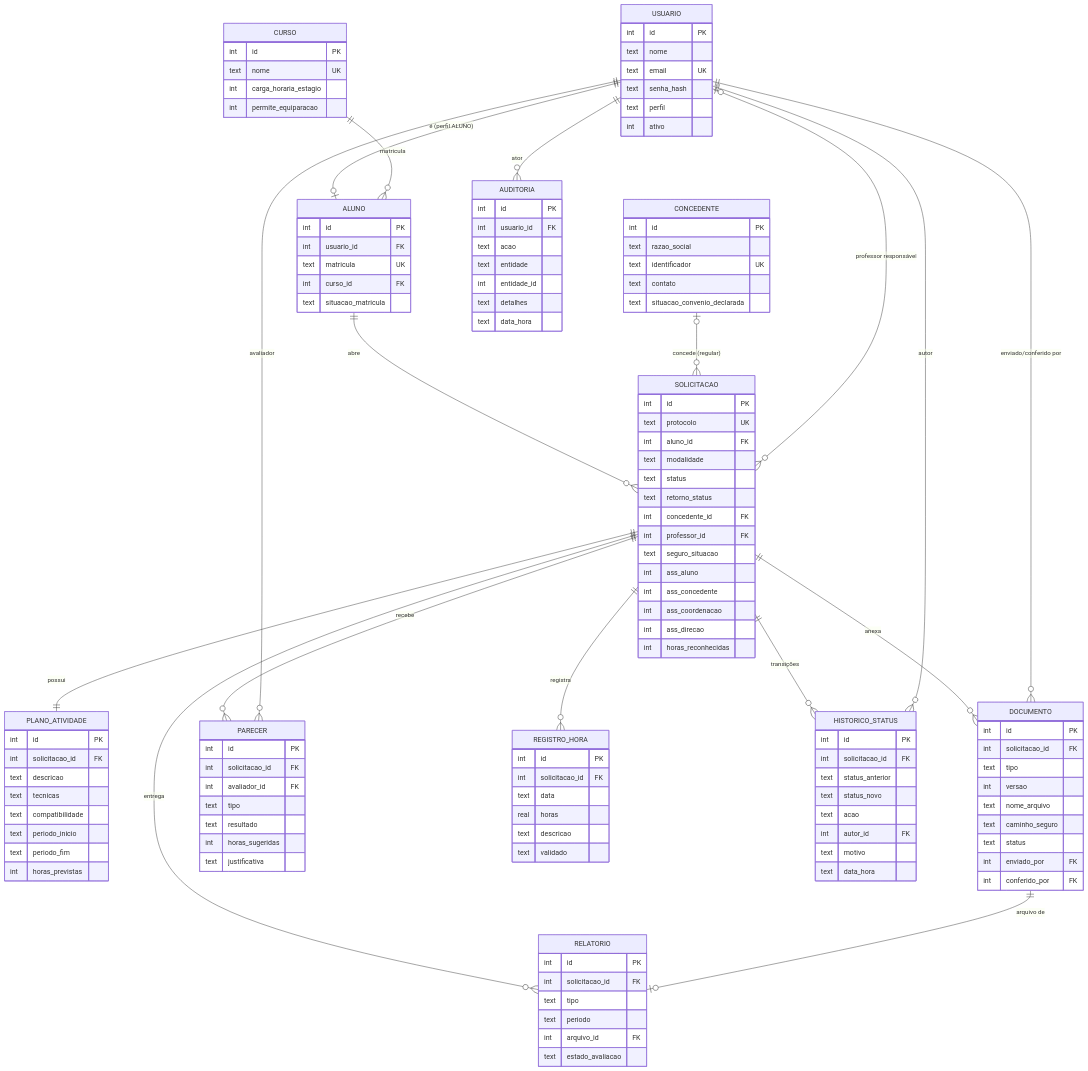
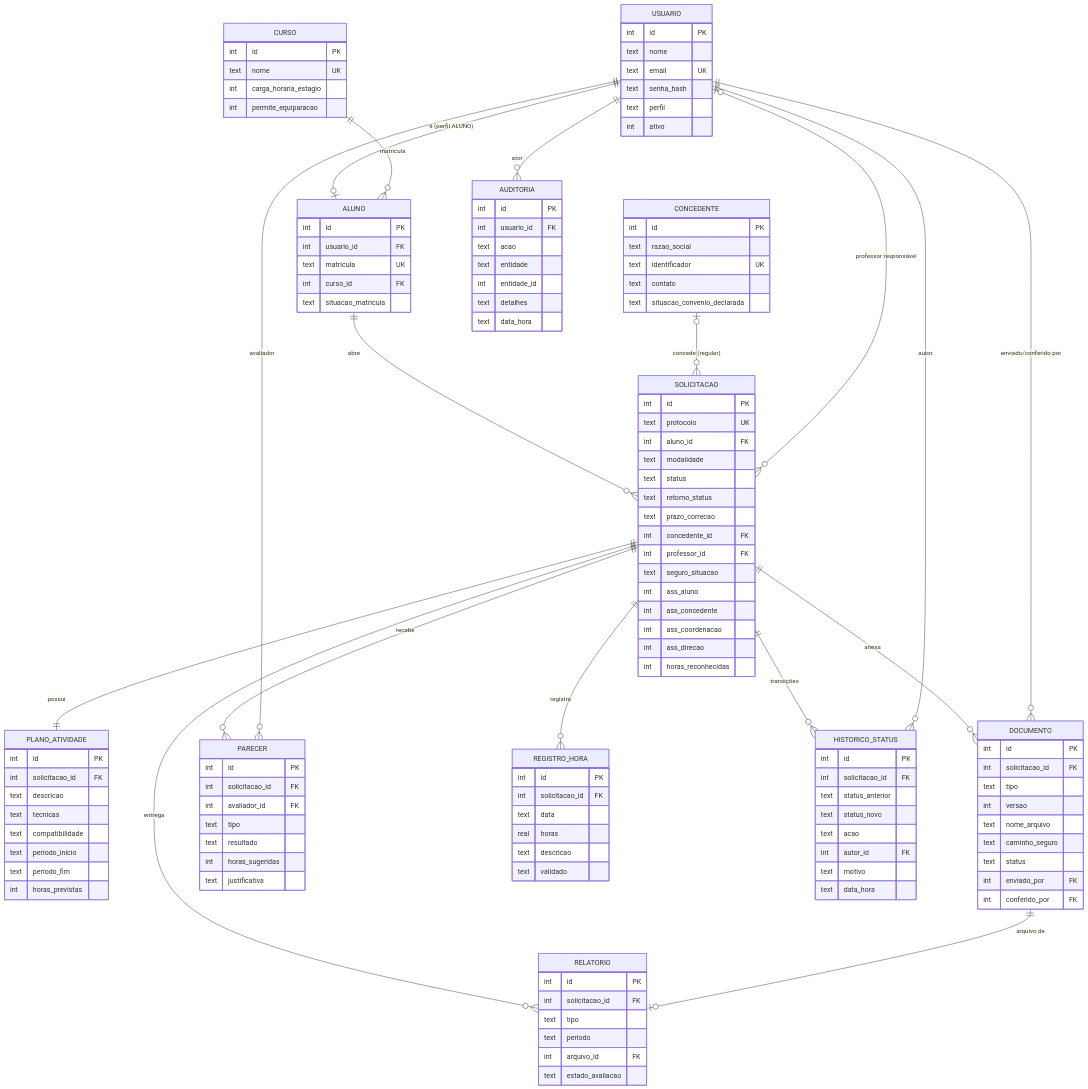
Before and after one commit to WendelAugustoo/Projeto-Estagio-Fatec: the diagram in docs/MODELO_DADOS.md, drawn with Mermaid. The commit also changed other lines of this file and 17 other files, not shown here.

```diff
--- a/docs/MODELO_DADOS.md
+++ b/docs/MODELO_DADOS.md
@@ -58,6 +58,7 @@
         text modalidade
         text status
         text retorno_status
+        text prazo_correcao
         int concedente_id FK
         int professor_id FK
         text seguro_situacao
```
